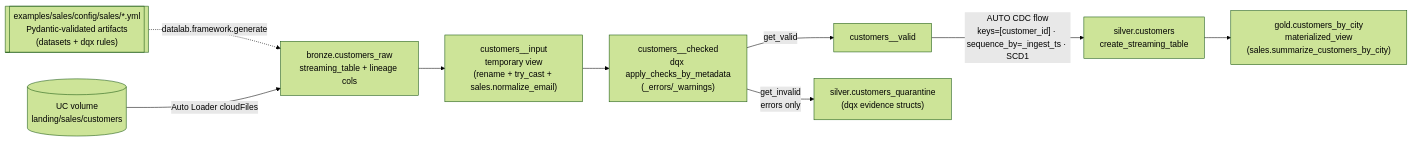
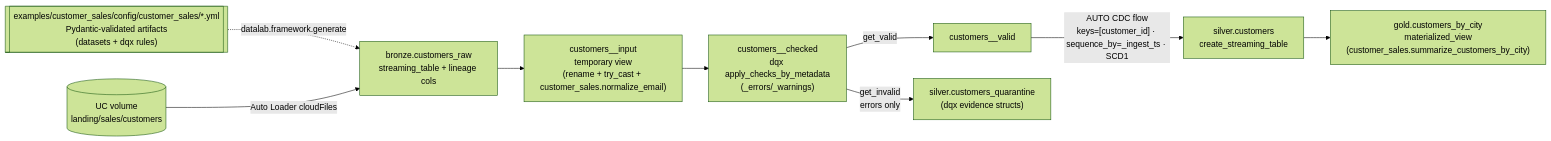
The third of 5 diagrams in docs/ARCHITECTURE.md (Vegash09/Demo_Lab), drawn with Mermaid (forest theme) before and after one commit. The commit also changed other lines of this file and 65 other files, not shown here.

First line of the commit message:
Naming: folder paths mirror the UC namespace; sales example becomes customer_sales

````diff
--- a/docs/ARCHITECTURE.md
+++ b/docs/ARCHITECTURE.md
@@ -55,11 +55,11 @@
 ```mermaid
 flowchart LR
-    YML[["examples/sales/config/sales/*.yml<br/>Pydantic-validated artifacts<br/>(datasets + dqx rules)"]] -.->|"datalab.framework.generate"| BR
+    YML[["examples/customer_sales/config/customer_sales/*.yml<br/>Pydantic-validated artifacts<br/>(datasets + dqx rules)"]] -.->|"datalab.framework.generate"| BR
     LAND[("UC volume<br/>landing/sales/customers")] -->|"Auto Loader cloudFiles"| BR["bronze.customers_raw<br/>streaming_table + lineage cols"]
-    BR --> IN["customers__input<br/>temporary view<br/>(rename + try_cast + sales.normalize_email)"]
+    BR --> IN["customers__input<br/>temporary view<br/>(rename + try_cast + customer_sales.normalize_email)"]
     IN --> CHK["customers__checked<br/>dqx apply_checks_by_metadata<br/>(_errors/_warnings)"]
     CHK -->|get_valid| VAL["customers__valid"]
     CHK -->|"get_invalid<br/>errors only"| QUAR["silver.customers_quarantine<br/>(dqx evidence structs)"]
     VAL -->|"AUTO CDC flow<br/>keys=[customer_id] · sequence_by=_ingest_ts · SCD1"| SIL["silver.customers<br/>create_streaming_table"]
-    SIL --> GOLD["gold.customers_by_city<br/>materialized_view<br/>(sales.summarize_customers_by_city)"]
+    SIL --> GOLD["gold.customers_by_city<br/>materialized_view<br/>(customer_sales.summarize_customers_by_city)"]
 ```
````
